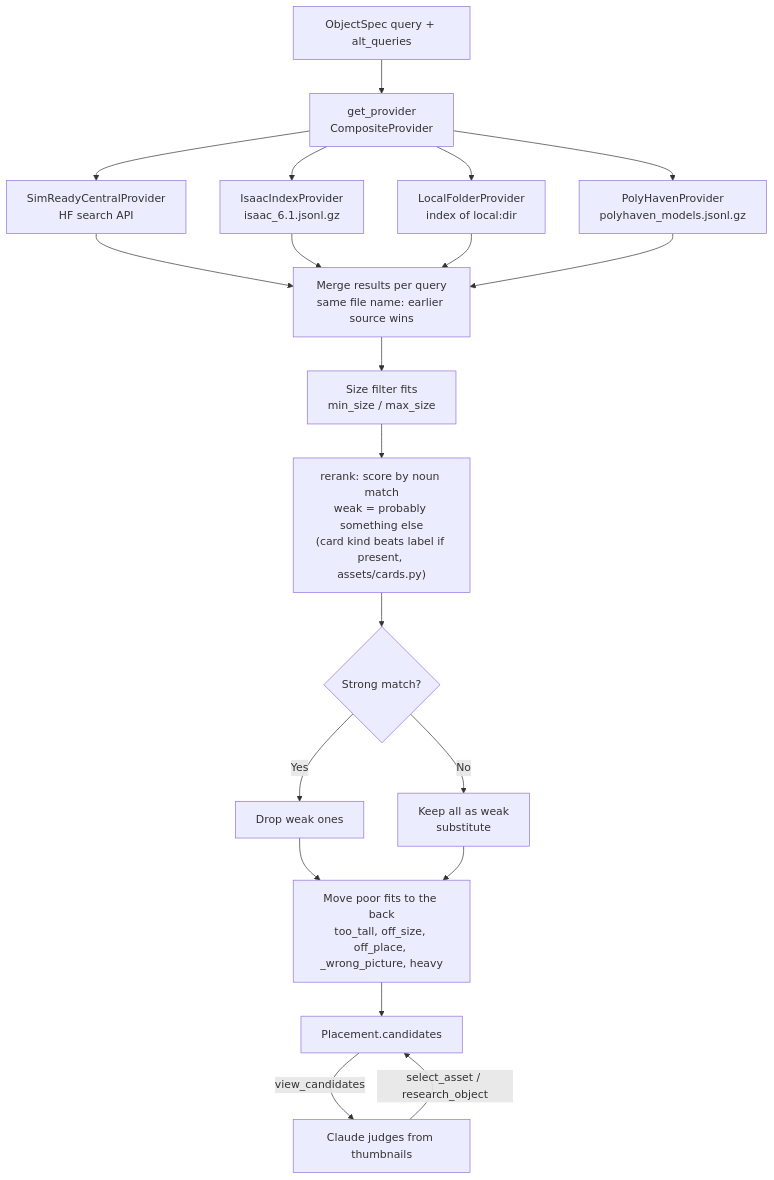
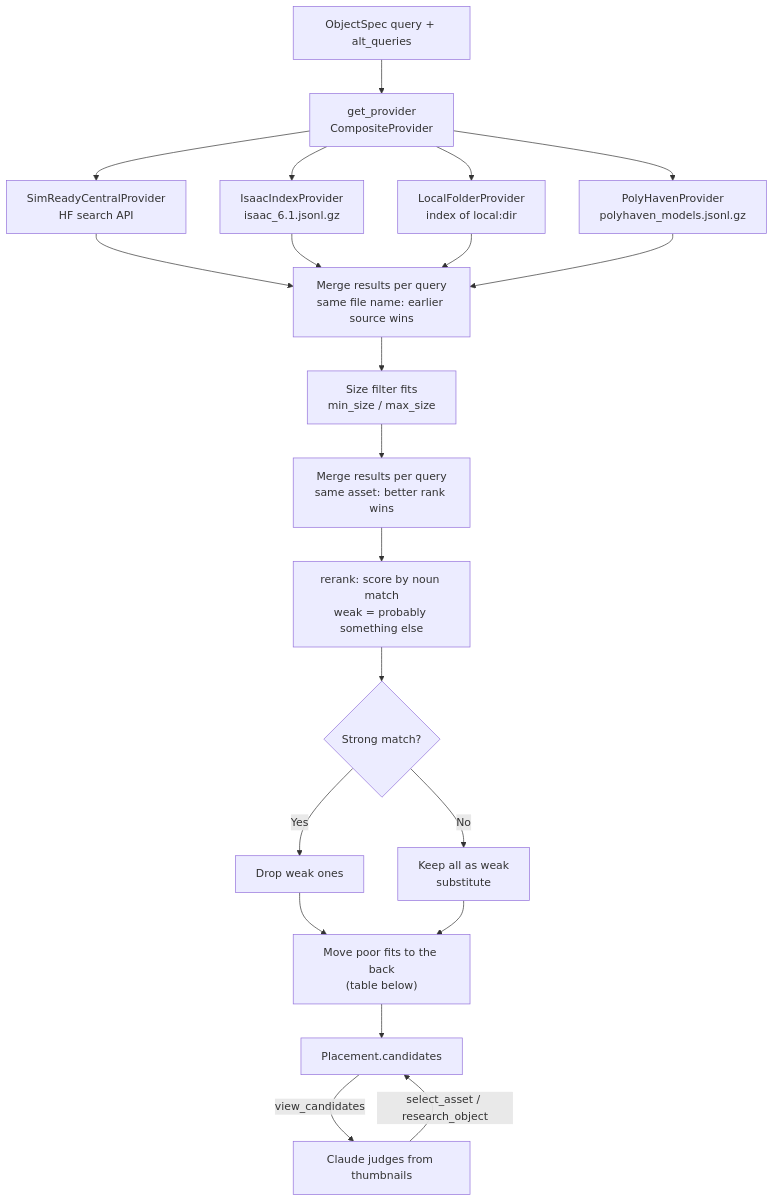
Before and after one commit to atinfinity/agentic-sim-world-gen: the fourth of 13 diagrams in docs/en/architecture.md, drawn with Mermaid. The commit also changed other lines of this file and 9 other files, not shown here.

First line of the commit message:
docs: clearer prose, fixed stale facts, more diagrams and tables

````diff
--- a/docs/en/architecture.md
+++ b/docs/en/architecture.md
@@ -194,22 +235,23 @@
 ```mermaid
 flowchart TD
     obj["ObjectSpec query + alt_queries"] --> prov["get_provider<br/>CompositeProvider"]
     prov --> src1["SimReadyCentralProvider<br/>HF search API"]
     prov --> src2["IsaacIndexProvider<br/>isaac_6.1.jsonl.gz"]
     prov --> src3["LocalFolderProvider<br/>index of local:dir"]
     prov --> src4["PolyHavenProvider<br/>polyhaven_models.jsonl.gz"]
     src1 --> merge["Merge results per query<br/>same file name: earlier source wins"]
     src2 --> merge
     src3 --> merge
     src4 --> merge
     merge --> size["Size filter fits<br/>min_size / max_size"]
-    size --> rr["rerank: score by noun match<br/>weak = probably something else<br/>(card kind beats label if present, assets/cards.py)"]
+    size --> qmerge["Merge results per query<br/>same asset: better rank wins"]
+    qmerge --> rr["rerank: score by noun match<br/>weak = probably something else"]
     rr --> drop{"Strong match?"}
     drop -->|"Yes"| keep["Drop weak ones"]
     drop -->|"No"| sub["Keep all as weak<br/>substitute"]
-    keep --> order["Move poor fits to the back<br/>too_tall, off_size, off_place, _wrong_picture, heavy"]
+    keep --> order["Move poor fits to the back<br/>(table below)"]
     sub --> order
     order --> cands["Placement.candidates"]
     cands -->|"view_candidates"| img["Claude judges from thumbnails"]
     img -->|"select_asset / research_object"| cands
 ```
````
